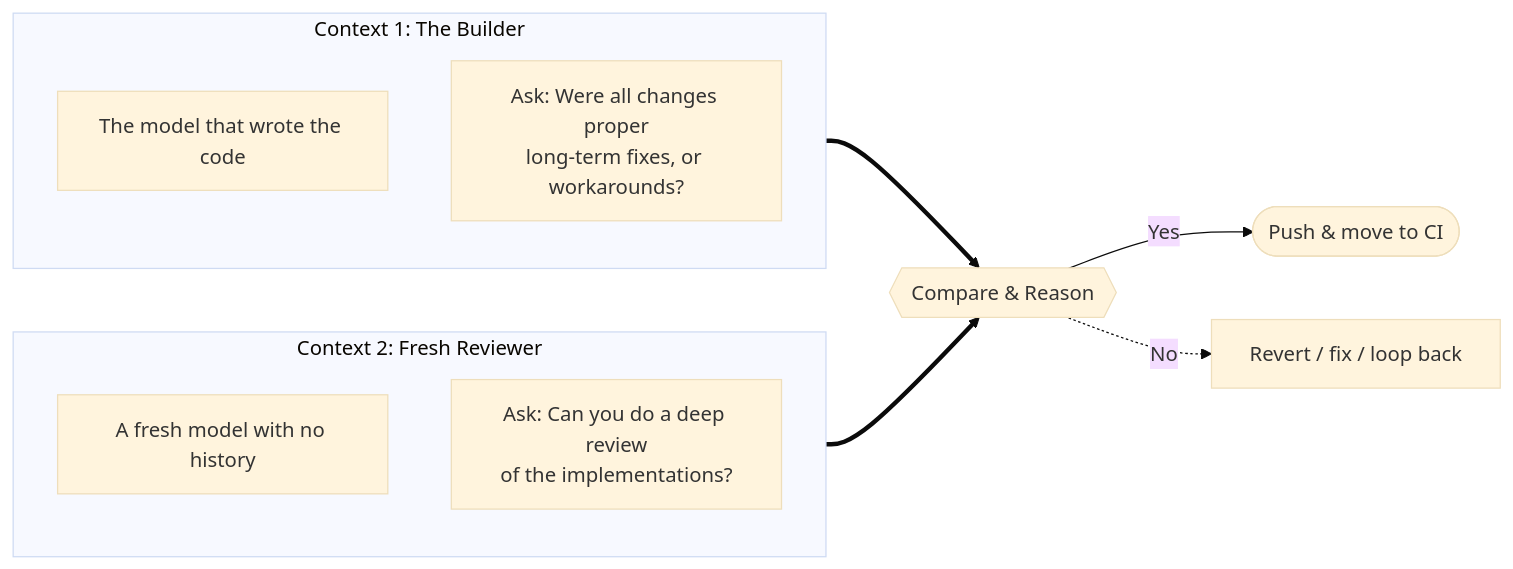
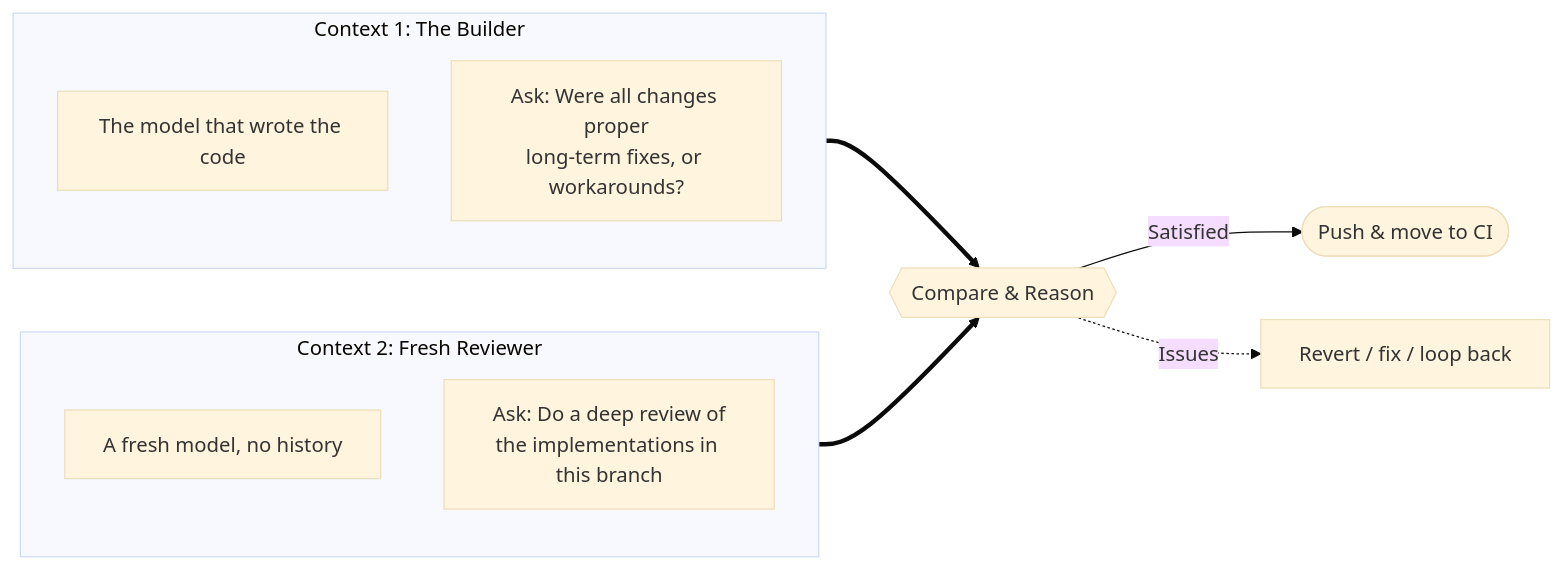
Before and after one commit to ahzan-dev/jaseci-blogs: the sixth of 7 diagrams in docs/blog/posts/socratic_prompt_method.md, drawn with Mermaid (base theme). The commit also changed other lines of this file, not shown here.

````diff
--- a/docs/blog/posts/socratic_prompt_method.md
+++ b/docs/blog/posts/socratic_prompt_method.md
@@ -193,17 +187,17 @@
 ```mermaid
 flowchart LR
     subgraph ctx1 [Context 1: The Builder]
         A["The model that wrote the code"]
         B["Ask: Were all changes proper\nlong-term fixes, or workarounds?"]
     end
 
     subgraph ctx2 [Context 2: Fresh Reviewer]
-        C["A fresh model with no history"]
-        D["Ask: Can you do a deep review\nof the implementations?"]
+        C["A fresh model, no history"]
+        D["Ask: Do a deep review of\nthe implementations in this branch"]
     end
 
     ctx1 ==> E{{"Compare & Reason"}}
     ctx2 ==> E
-    E -->|"Yes"| G(["Push & move to CI"])
-    E -.->|"No"| H["Revert / fix / loop back"]
+    E -->|"Satisfied"| G(["Push & move to CI"])
+    E -.->|"Issues"| H["Revert / fix / loop back"]
 ```
````
